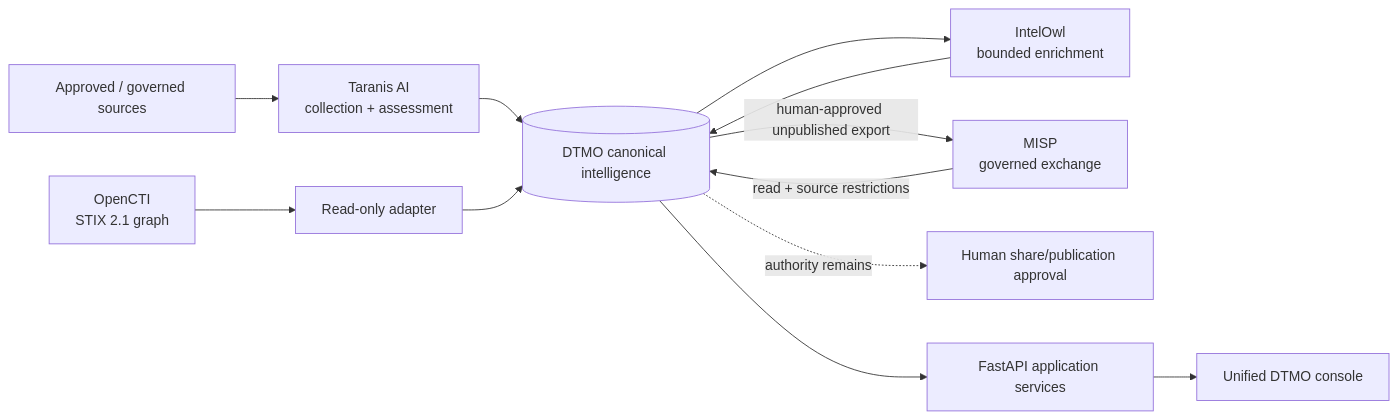
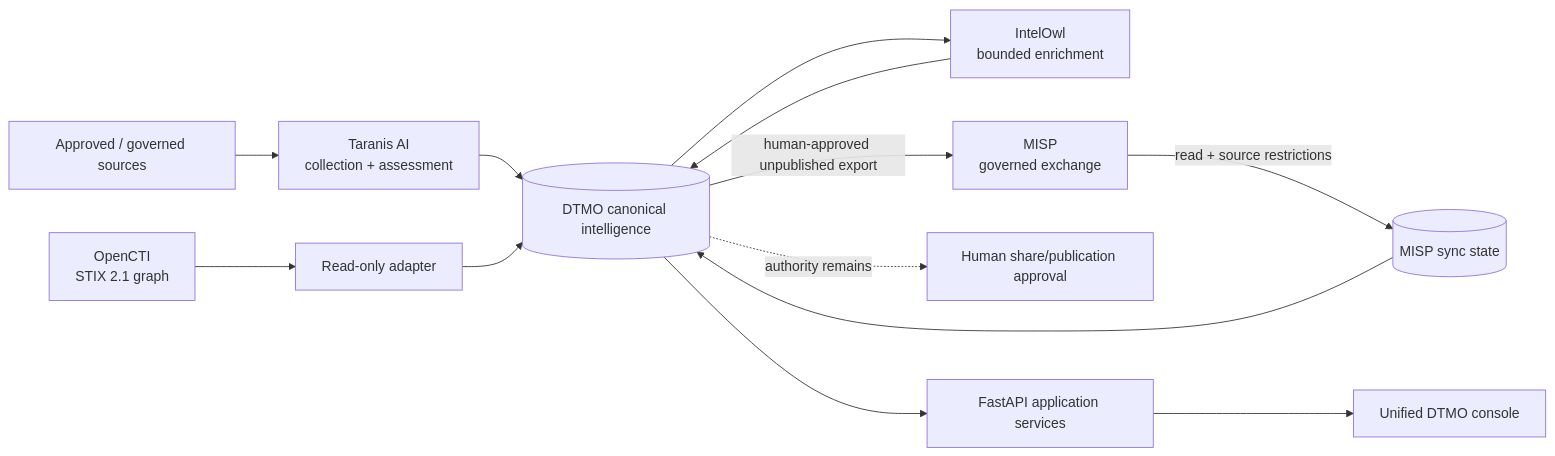
Before and after one commit to GJvManen/dtmo: the diagram in README.md, drawn with Mermaid. The commit also changed other lines of this file, not shown here.

Commit message:
Document active Phase 11.5 MISP state implementation

````diff
--- a/README.md
+++ b/README.md
@@ -34,14 +35,15 @@
 ```mermaid
 flowchart LR
     S[Approved / governed sources] --> TAR[Taranis AI\ncollection + assessment]
     TAR --> D[(DTMO canonical intelligence)]
     D --> OWL[IntelOwl\nbounded enrichment]
     OWL --> D
     O[OpenCTI\nSTIX 2.1 graph] --> A[Read-only adapter]
     A --> D
-    M[MISP\ngoverned exchange] -->|read + source restrictions| D
+    M[MISP\ngoverned exchange] -->|read + source restrictions| MS[(MISP sync state)]
+    MS --> D
     D -->|human-approved unpublished export| M
     D -. authority remains .-> H[Human share/publication approval]
     D --> API[FastAPI application services]
     API --> UI[Unified DTMO console]
 ```
````
